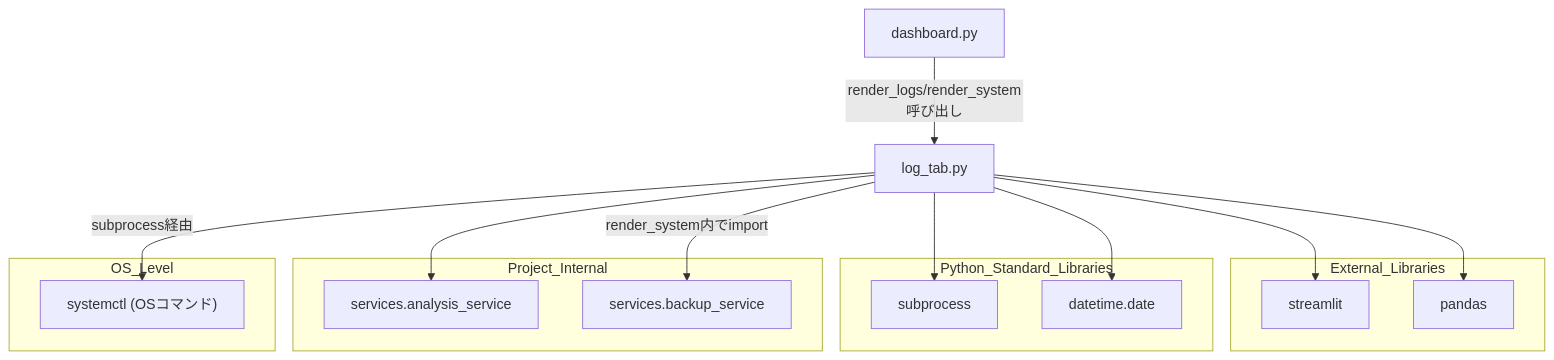
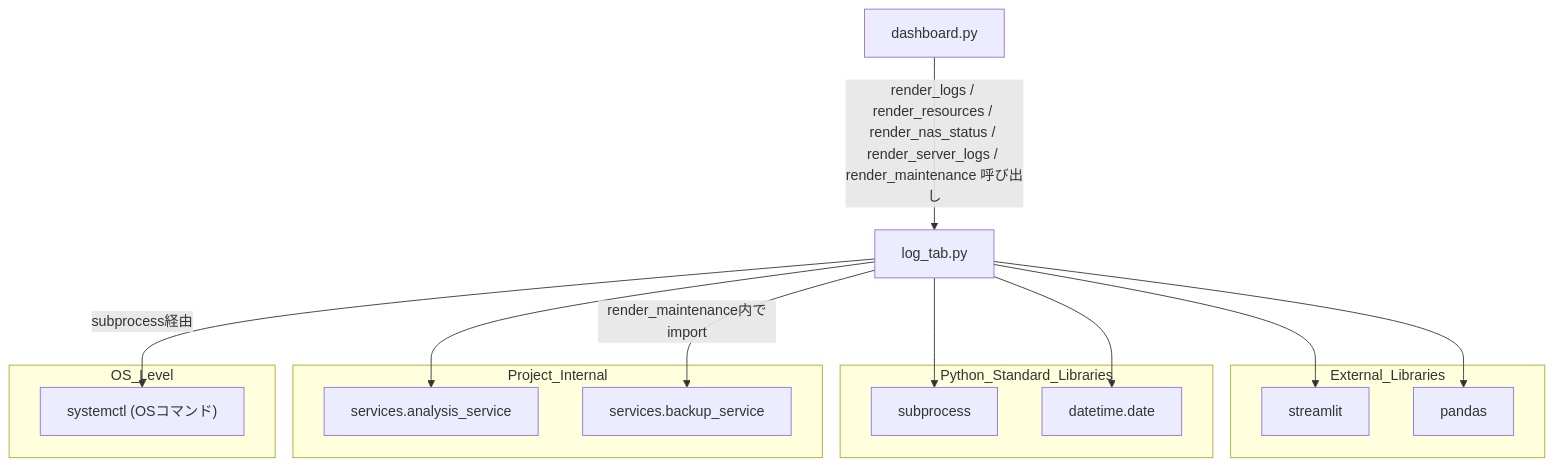
The second of 2 diagrams in docs/specifications/MY_HOME_SYSTEM/log_tab.md (mmtigers/my_python_project), drawn with Mermaid before and after one commit. The commit also changed other lines of this file and 32 other files, not shown here.

````diff
--- a/docs/specifications/MY_HOME_SYSTEM/log_tab.md
+++ b/docs/specifications/MY_HOME_SYSTEM/log_tab.md
@@ -150,33 +239,33 @@
 ```mermaid
 graph TD
     LogTabPy["log_tab.py"]
 
     subgraph External_Libraries
         Streamlit["streamlit"]
         Pandas["pandas"]
     end
 
     subgraph Python_Standard_Libraries
         Subprocess["subprocess"]
         DatetimeDate["datetime.date"]
     end
 
     subgraph Project_Internal
         AnalysisService["services.analysis_service"]
         BackupService["services.backup_service"]
     end
 
     subgraph OS_Level
         Systemctl["systemctl (OSコマンド)"]
     end
 
     LogTabPy --> Streamlit
     LogTabPy --> Pandas
     LogTabPy --> Subprocess
     LogTabPy --> DatetimeDate
     LogTabPy --> AnalysisService
-    LogTabPy -->|render_system内でimport| BackupService
+    LogTabPy -->|render_maintenance内でimport| BackupService
     LogTabPy -->|subprocess経由| Systemctl
 
-    Dashboard["dashboard.py"] -->|render_logs/render_system呼び出し| LogTabPy
+    Dashboard["dashboard.py"] -->|render_logs / render_resources / render_nas_status / render_server_logs / render_maintenance 呼び出し| LogTabPy
 ```
````
